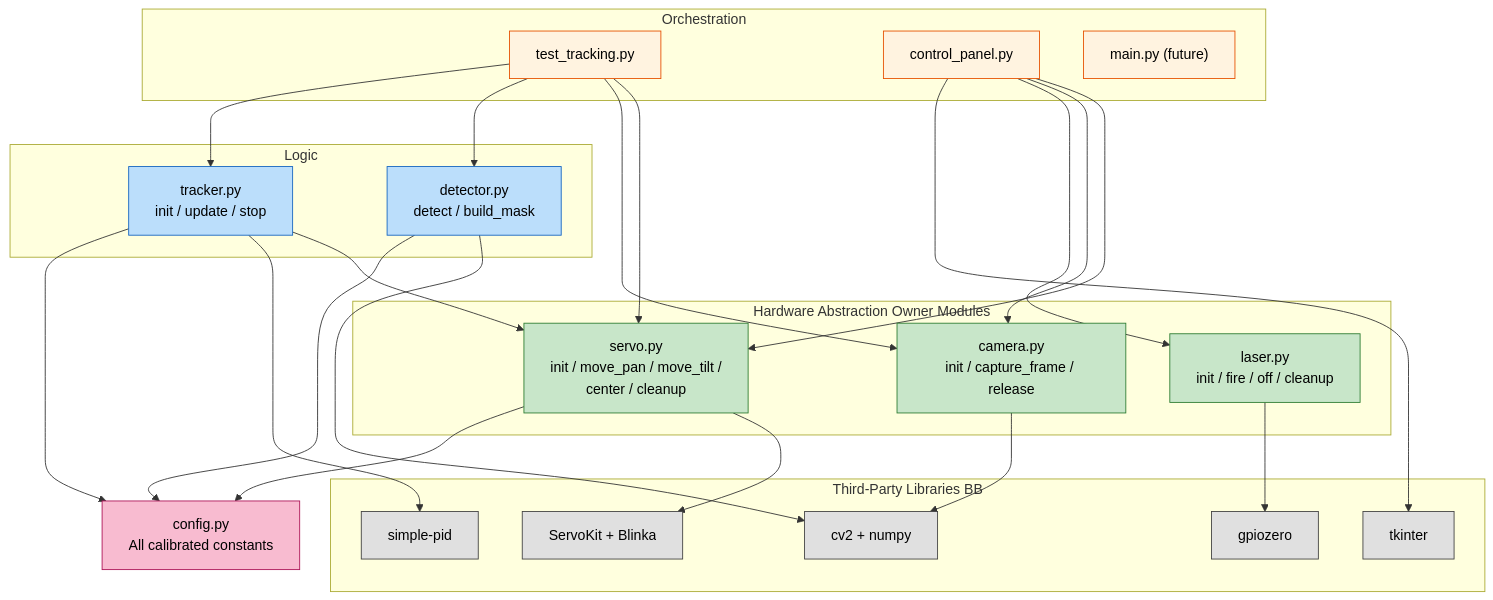
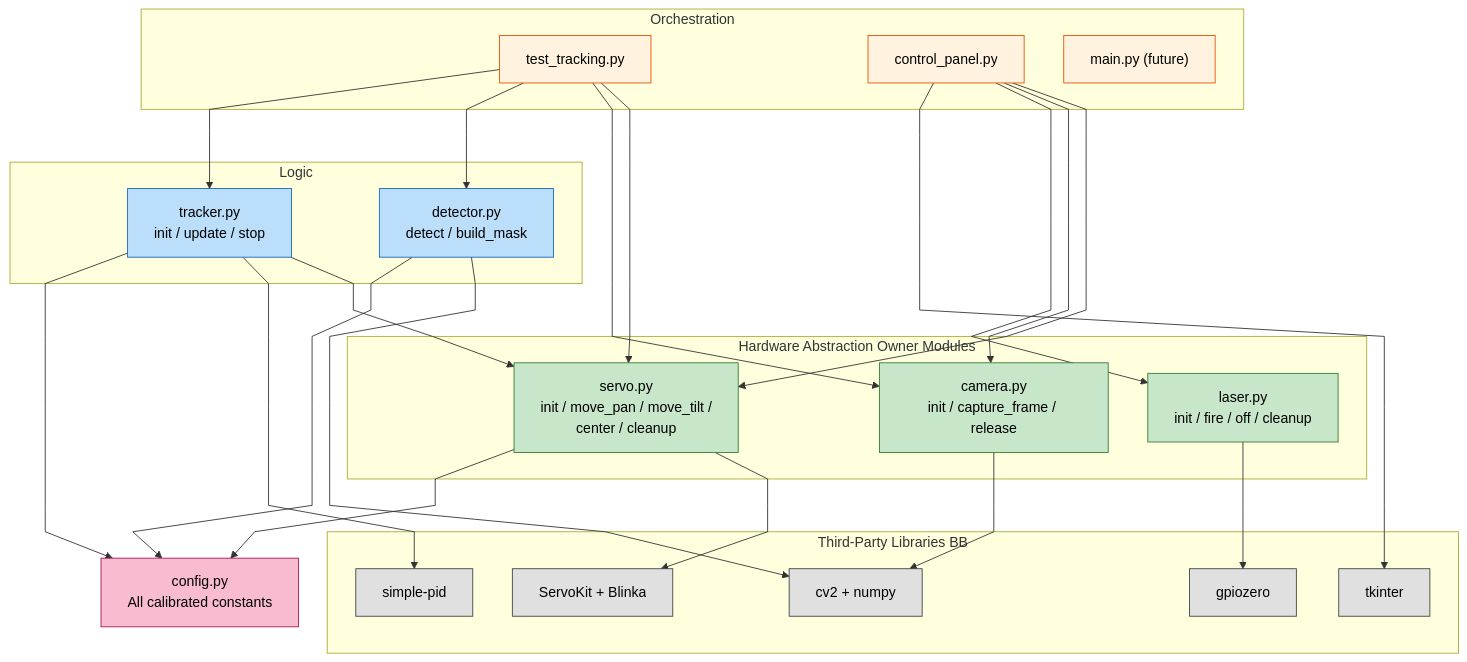
Before and after one commit to Adamzvulun/pi: the diagram in bookv3/diagrams/functional-diagram.mmd, drawn with Mermaid. The commit also changed 11 other files, not shown here.

First line of the commit message:
docs(bookv3): straight-line edges + diagrams/README review

```diff
--- a/bookv3/diagrams/functional-diagram.mmd
+++ b/bookv3/diagrams/functional-diagram.mmd
@@ -1,52 +1,53 @@
+%%{init: {'flowchart': {'curve': 'linear', 'nodeSpacing': 45, 'rankSpacing': 60}}}%%
 flowchart TB
     classDef orch fill:#fff3e0,stroke:#e65100,color:#000
     classDef logic fill:#bbdefb,stroke:#1565c0,color:#000
     classDef hw fill:#c8e6c9,stroke:#2e7d32,color:#000
     classDef cfg fill:#f8bbd0,stroke:#ad1457,color:#000
     classDef bb fill:#e0e0e0,stroke:#424242,color:#000
 
     subgraph Orchestration
         TT["test_tracking.py"]:::orch
         CP["control_panel.py"]:::orch
         MAIN["main.py (future)"]:::orch
     end
 
     subgraph Logic
         DET["detector.py<br/>detect / build_mask"]:::logic
         TRK["tracker.py<br/>init / update / stop"]:::logic
     end
 
     subgraph Hardware Abstraction Owner Modules
         SRV["servo.py<br/>init / move_pan / move_tilt /<br/>center / cleanup"]:::hw
         CAM["camera.py<br/>init / capture_frame / release"]:::hw
         LSR["laser.py<br/>init / fire / off / cleanup"]:::hw
     end
 
     CFG["config.py<br/>All calibrated constants"]:::cfg
 
     subgraph Third-Party Libraries BB
         CV2["cv2 + numpy"]:::bb
         SK["ServoKit + Blinka"]:::bb
         SP["simple-pid"]:::bb
         GP["gpiozero"]:::bb
         TK["tkinter"]:::bb
     end
 
     TT --> SRV
     TT --> CAM
     TT --> DET
     TT --> TRK
     CP --> SRV
     CP --> CAM
     CP --> LSR
     CP --> TK
 
     DET --> CV2
     DET --> CFG
     TRK --> SRV
     TRK --> SP
     TRK --> CFG
     SRV --> SK
     SRV --> CFG
     CAM --> CV2
     LSR --> GP
```
